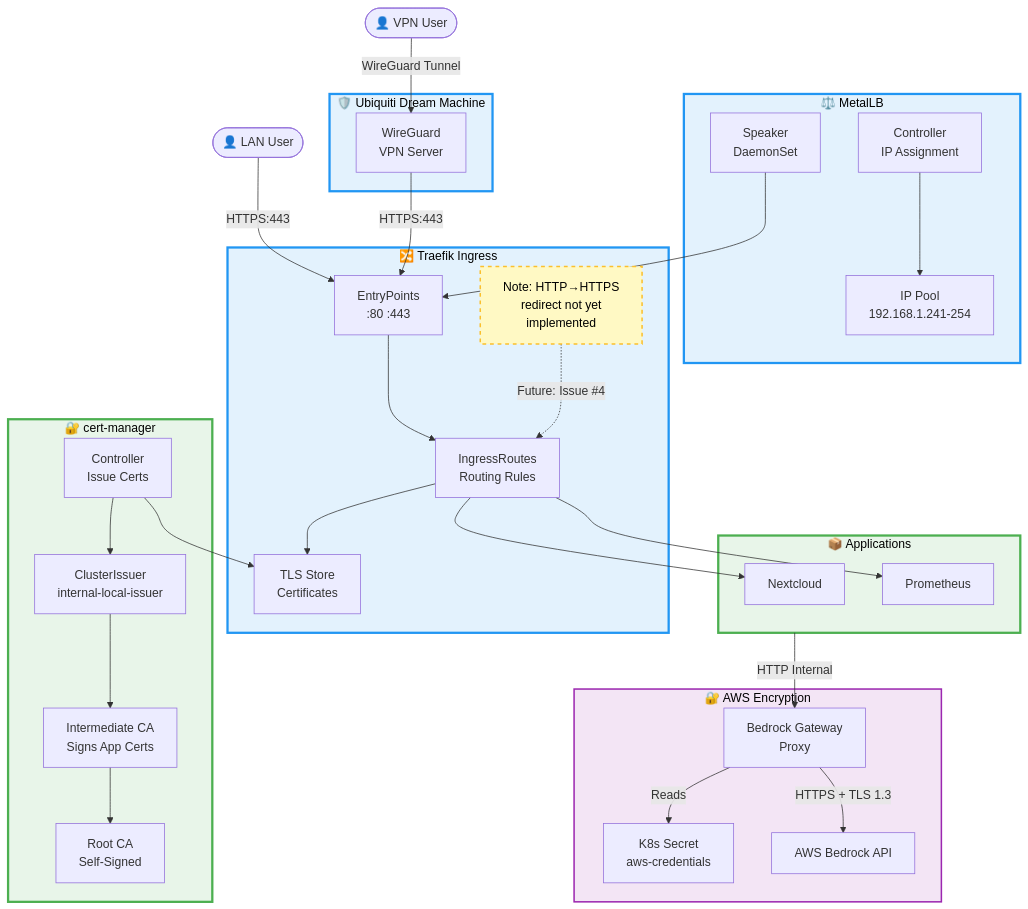
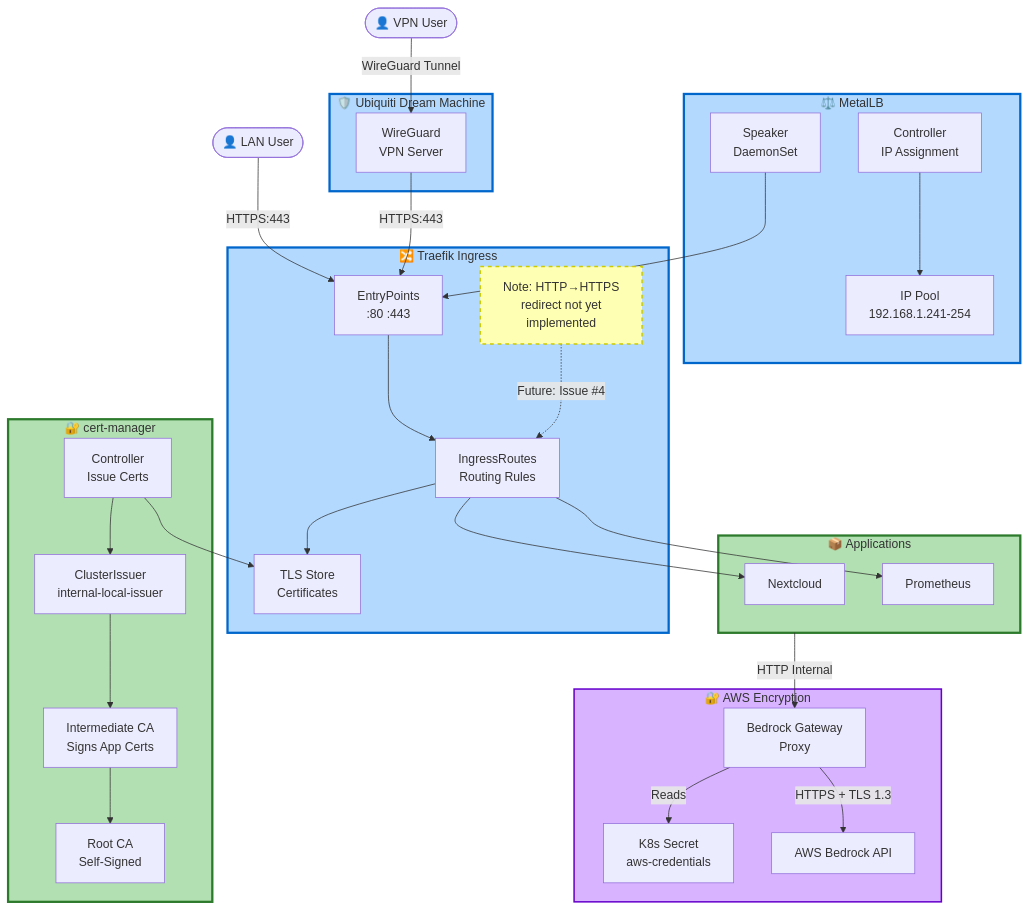
The fifth of 6 diagrams in docs/wiki/02-Architecture.md (seadogger-tech/seadogger-homelab), drawn with Mermaid before and after one commit. The commit also changed other lines of this file and 1 other file, not shown here.

````diff
--- a/docs/wiki/02-Architecture.md
+++ b/docs/wiki/02-Architecture.md
@@ -303,71 +303,71 @@
 ```mermaid
 graph TB
     LAN([👤 LAN User])
     VPN([👤 VPN User])
 
     subgraph UDM["🛡️ Ubiquiti Dream Machine"]
         WG[WireGuard<br/>VPN Server]
     end
 
     subgraph MetalLB["⚖️ MetalLB"]
         Speaker[Speaker<br/>DaemonSet]
         Controller[Controller<br/>IP Assignment]
         IPPool[IP Pool<br/>192.168.1.241-254]
     end
 
     subgraph Traefik["🔀 Traefik Ingress"]
         EntryPoint[EntryPoints<br/>:80 :443]
         Router[IngressRoutes<br/>Routing Rules]
         TLSStore[TLS Store<br/>Certificates]
         Note1[Note: HTTP→HTTPS<br/>redirect not yet<br/>implemented]
     end
 
     subgraph CertManager["🔐 cert-manager"]
         CMController[Controller<br/>Issue Certs]
         Issuer[ClusterIssuer<br/>internal-local-issuer]
         RootCA[Root CA<br/>Self-Signed]
         IntermediateCA[Intermediate CA<br/>Signs App Certs]
     end
 
     subgraph Apps["📦 Applications"]
         Nextcloud[Nextcloud]
         Prometheus[Prometheus]
     end
 
     subgraph Encryption["🔐 AWS Encryption"]
         Secret[K8s Secret<br/>aws-credentials]
         BG[Bedrock Gateway<br/>Proxy]
         AWS[AWS Bedrock API]
     end
 
     LAN -->|HTTPS:443| EntryPoint
     VPN -->|WireGuard Tunnel| WG
     WG -->|HTTPS:443| EntryPoint
 
     Controller --> IPPool
     Speaker --> EntryPoint
 
     EntryPoint --> Router
     Router --> TLSStore
     Router --> Nextcloud
     Router --> Prometheus
 
     Note1 -.->|Future: Issue #4| Router
 
     CMController --> Issuer
     Issuer --> IntermediateCA
     IntermediateCA --> RootCA
     CMController --> TLSStore
 
     Apps -->|HTTP Internal| BG
     BG -->|Reads| Secret
     BG -->|HTTPS + TLS 1.3| AWS
 
-    style UDM fill:#e3f2fd,stroke:#2196f3,stroke-width:3px,color:#000
-    style MetalLB fill:#e3f2fd,stroke:#2196f3,stroke-width:3px,color:#000
-    style Traefik fill:#e3f2fd,stroke:#2196f3,stroke-width:3px,color:#000
-    style CertManager fill:#e8f5e9,stroke:#4caf50,stroke-width:3px,color:#000
-    style Apps fill:#e8f5e9,stroke:#4caf50,stroke-width:3px,color:#000
-    style Encryption fill:#f3e5f5,stroke:#9c27b0,stroke-width:2px,color:#000
-    style Note1 fill:#fff9c4,stroke:#fbc02d,stroke-width:2px,color:#000,stroke-dasharray: 5 5
+    style UDM fill:#b3d9ff,stroke:#0066cc,stroke-width:3px
+    style MetalLB fill:#b3d9ff,stroke:#0066cc,stroke-width:3px
+    style Traefik fill:#b3d9ff,stroke:#0066cc,stroke-width:3px
+    style CertManager fill:#b3e0b3,stroke:#2d7a2d,stroke-width:3px
+    style Apps fill:#b3e0b3,stroke:#2d7a2d,stroke-width:3px
+    style Encryption fill:#d8b3ff,stroke:#6600cc,stroke-width:2px
+    style Note1 fill:#ffffb3,stroke:#cccc00,stroke-width:2px,stroke-dasharray: 5 5
 ```
````
